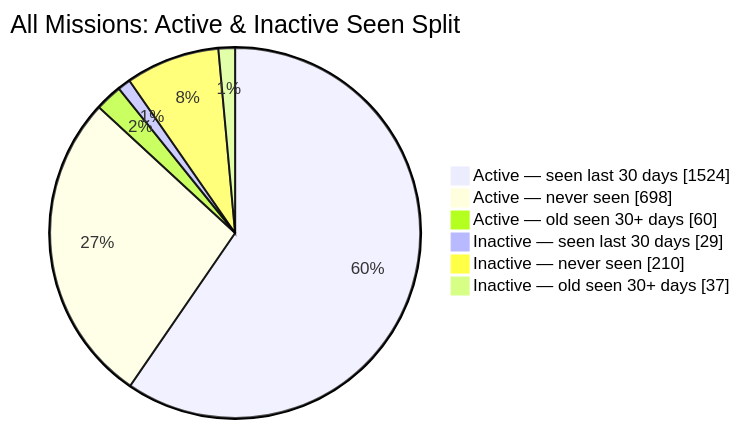
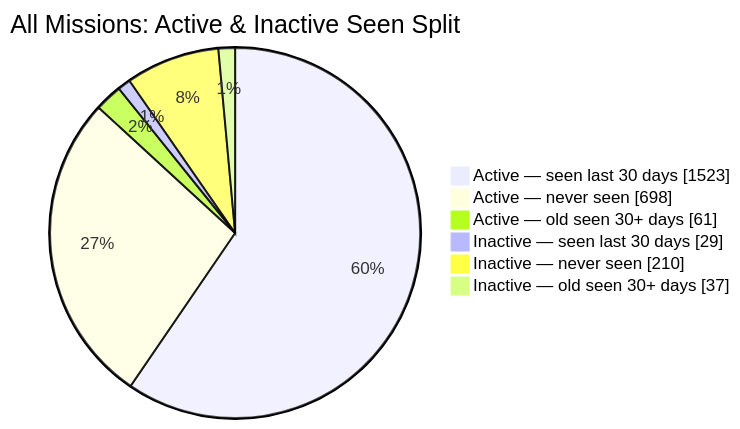
Before and after one commit to MeldkamerspelGameTeam/active-missions: the second of 2 diagrams in README.md, drawn with Mermaid. The commit also changed other lines of this file and 2 other files, not shown here.

````diff
--- a/README.md
+++ b/README.md
@@ -44,10 +44,10 @@
 ```mermaid
 pie showData
     title All Missions: Active & Inactive Seen Split
-    "Active — seen last 30 days" : 1524
+    "Active — seen last 30 days" : 1523
     "Active — never seen" : 698
-    "Active — old seen 30+ days" : 60
+    "Active — old seen 30+ days" : 61
     "Inactive — seen last 30 days" : 29
     "Inactive — never seen" : 210
     "Inactive — old seen 30+ days" : 37
 ```
````
